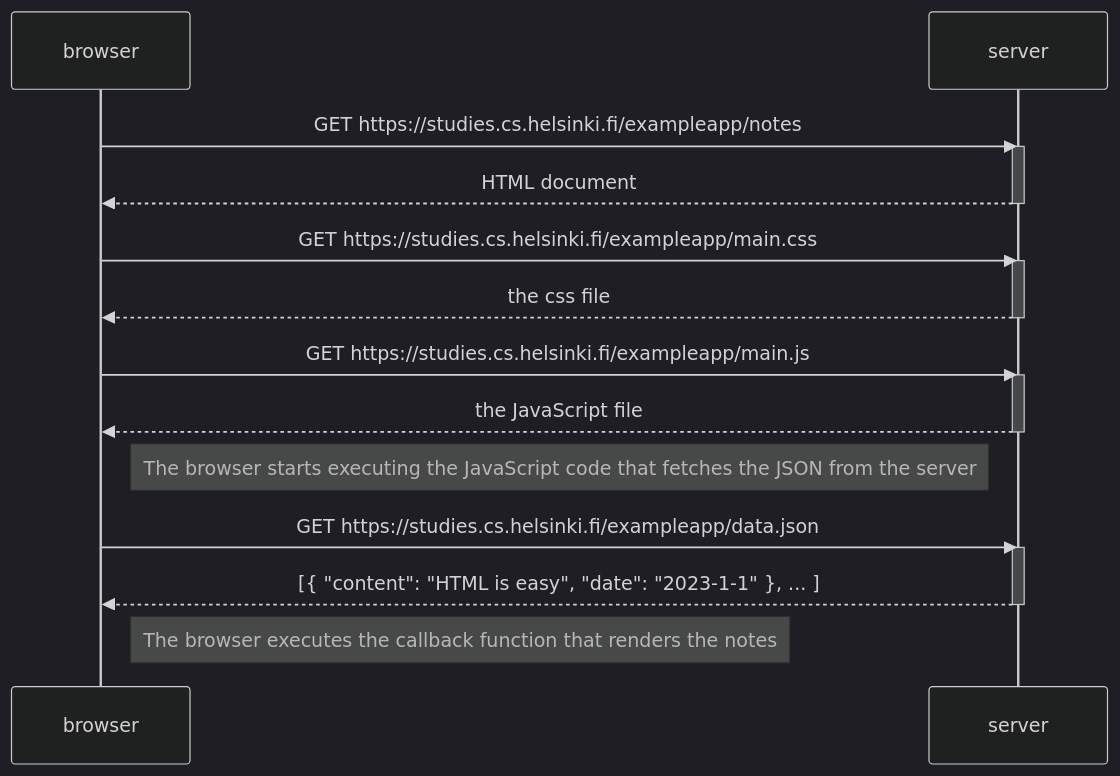
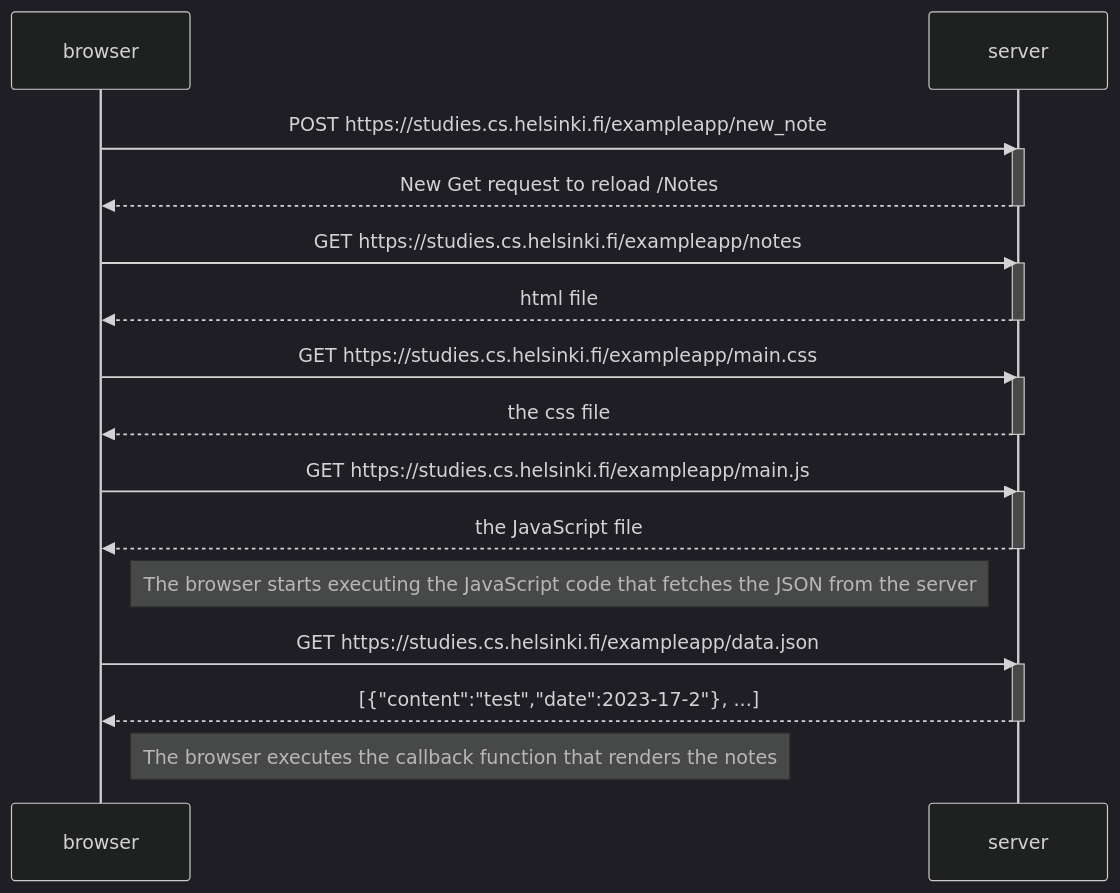
Before and after one commit to Deceneu22/FullStackOpen: the diagram in Part0/exercise04.md, drawn with Mermaid (dark theme).

````diff
--- a/Part0/exercise04.md
+++ b/Part0/exercise04.md
@@ -1,29 +1,35 @@
 ```mermaid
 sequenceDiagram;
     participant browser
     participant server
     
+    browser->>server: POST https://studies.cs.helsinki.fi/exampleapp/new_note
+    activate server
+    server-->>browser: New Get request to reload /Notes
+    deactivate server
+    
     browser->>server: GET https://studies.cs.helsinki.fi/exampleapp/notes
     activate server
-    server-->>browser: HTML document
+    server-->>browser: html file
     deactivate server
-    
+
     browser->>server: GET https://studies.cs.helsinki.fi/exampleapp/main.css
     activate server
     server-->>browser: the css file
-    deactivate server
+    deactivate server    
     
     browser->>server: GET https://studies.cs.helsinki.fi/exampleapp/main.js
     activate server
     server-->>browser: the JavaScript file
     deactivate server
     
     Note right of browser: The browser starts executing the JavaScript code that fetches the JSON from the server
     
     browser->>server: GET https://studies.cs.helsinki.fi/exampleapp/data.json
     activate server
-    server-->>browser: [{ "content": "HTML is easy", "date": "2023-1-1" }, ... ]
+    server-->>browser: [{"content":"test","date":2023-17-2"}, ...]
     deactivate server    
 
     Note right of browser: The browser executes the callback function that renders the notes 
+
   ```
````
